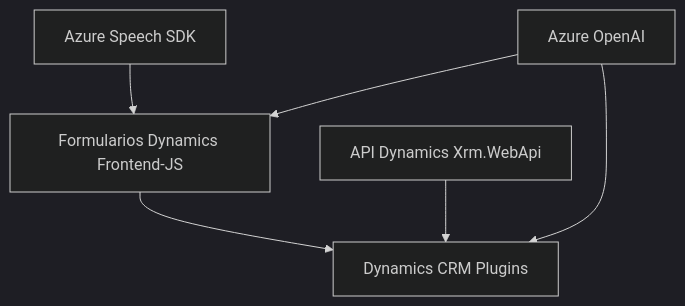
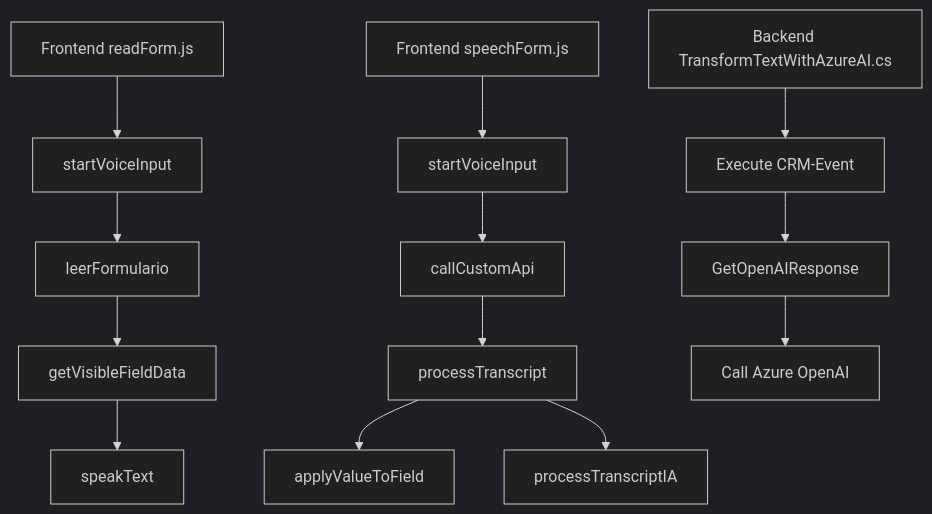
Before and after one commit to blopezdm/NETCORE_BILBAO2025: the diagram in README.md, drawn with Mermaid (dark theme). The commit also changed other lines of this file, not shown here.

````diff
--- a/README.md
+++ b/README.md
@@ -47,14 +32,31 @@
 ```mermaid
 graph TD
-    A["Dynamics CRM Plugins"]
-    B["Formularios Dynamics Frontend-JS"]
-    C["Azure Speech SDK"]
-    D["Azure OpenAI"]
-    E["API Dynamics Xrm.WebApi"]
+    A["Frontend readForm.js"]
+    A1["startVoiceInput"]
+    A2["leerFormulario"]
+    A3["getVisibleFieldData"]
+    A4["speakText"]
+    B["Frontend speechForm.js"]
+    B1["startVoiceInput"]
+    B2["callCustomApi"]
+    B3["processTranscript"]
+    B4["applyValueToField"]
+    B5["processTranscriptIA"]
+    C["Backend TransformTextWithAzureAI.cs"]
+    C1["Execute CRM-Event"]
+    C2["GetOpenAIResponse"]
+    C3["Call Azure OpenAI"]
 
-    B --> A
-    E --> A
-    C --> B
-    D --> A
-    D --> B
+    A --> A1
+    A1 --> A2
+    A2 --> A3
+    A3 --> A4
+    B --> B1
+    B1 --> B2
+    B2 --> B3
+    B3 --> B4
+    B3 --> B5
+    C --> C1
+    C1 --> C2
+    C2 --> C3
 ```
````
